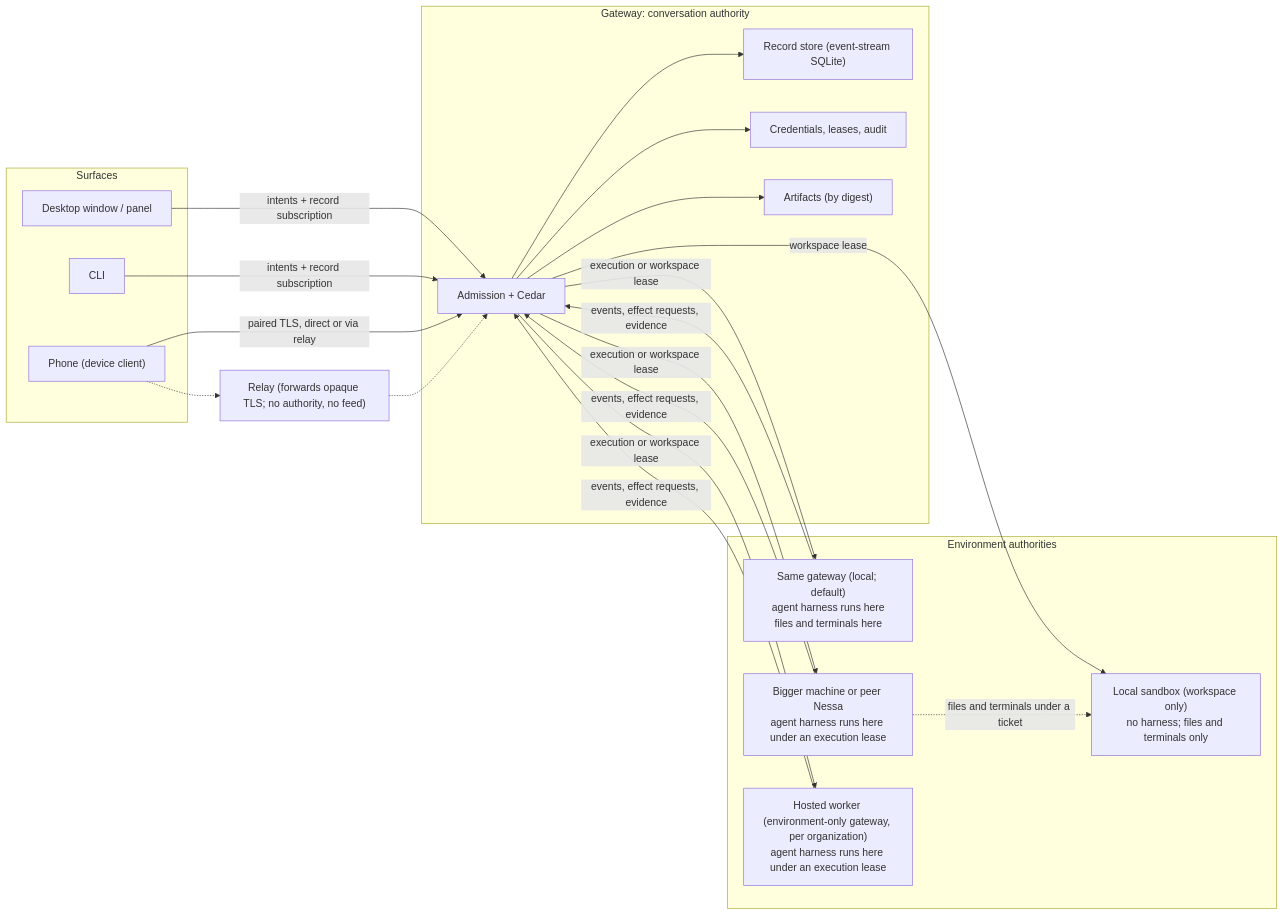
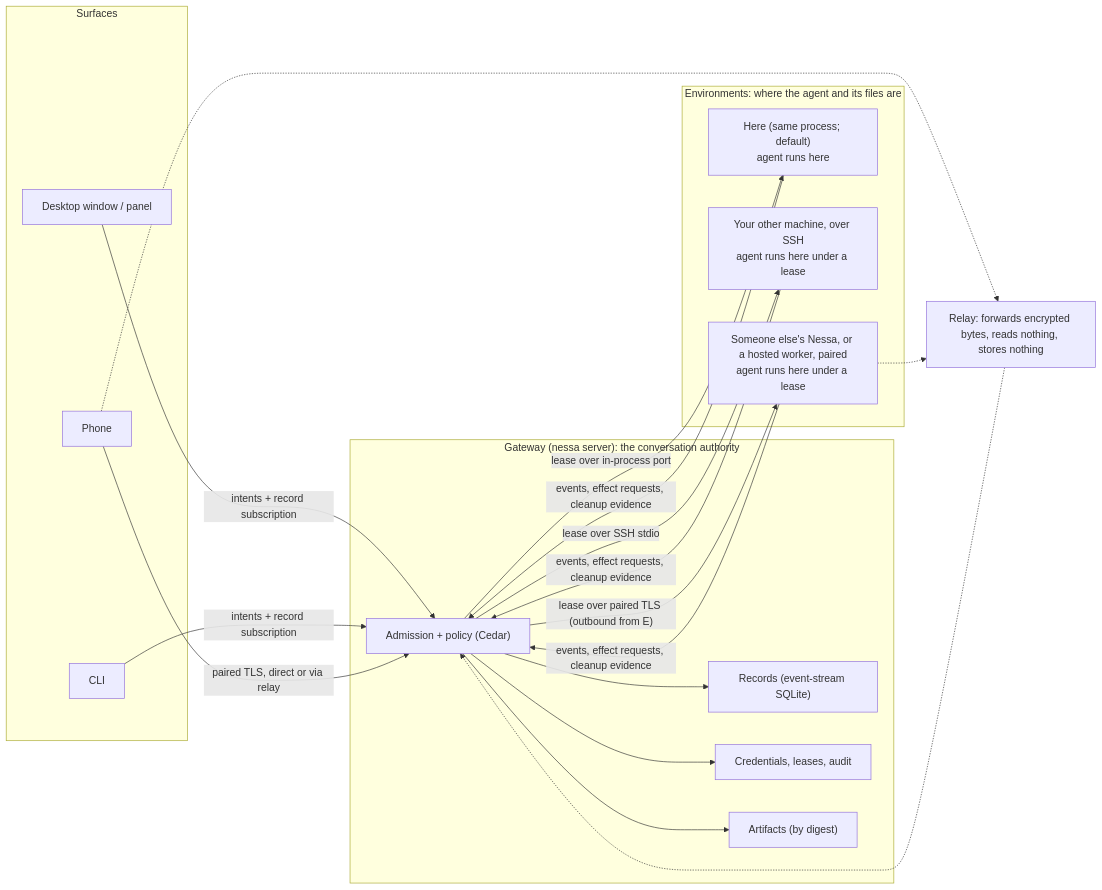
Before and after one commit to nessalabs/nessa-agent: the diagram in docs/design/runtime-architecture.md, drawn with Mermaid. The commit also changed other lines of this file and 3 other files, not shown here.

````diff
--- a/docs/design/runtime-architecture.md
+++ b/docs/design/runtime-architecture.md
@@ -38,36 +50,34 @@
 ```mermaid
 flowchart LR
     subgraph Surfaces
         D["Desktop window / panel"]
         C["CLI"]
-        P["Phone (device client)"]
+        P["Phone"]
     end
-    subgraph CA["Gateway: conversation authority"]
-        A["Admission + Cedar"]
-        R["Record store (event-stream SQLite)"]
+    subgraph G["Gateway (nessa server): the conversation authority"]
+        A["Admission + policy (Cedar)"]
+        R["Records (event-stream SQLite)"]
         K["Credentials, leases, audit"]
         F["Artifacts (by digest)"]
     end
-    subgraph EAs["Environment authorities"]
-        L["Same gateway (local; default)<br/>agent harness runs here<br/>files and terminals here"]
-        H["Bigger machine or peer Nessa<br/>agent harness runs here under an execution lease"]
-        W["Hosted worker (environment-only gateway, per organization)<br/>agent harness runs here under an execution lease"]
-        S["Local sandbox (workspace only)<br/>no harness; files and terminals only"]
+    subgraph Envs["Environments: where the agent and its files are"]
+        L["Here (same process; default)<br/>agent runs here"]
+        H["Your other machine, over SSH<br/>agent runs here under a lease"]
+        E["Someone else's Nessa, or a hosted worker, paired<br/>agent runs here under a lease"]
     end
     D -- "intents + record subscription" --> A
     C -- "intents + record subscription" --> A
     P -- "paired TLS, direct or via relay" --> A
     A --> R
     A --> K
     A --> F
-    A -- "execution or workspace lease" --> L
-    A -- "execution or workspace lease" --> H
-    A -- "execution or workspace lease" --> W
-    A -- "workspace lease" --> S
-    L -- "events, effect requests, evidence" --> A
-    H -- "events, effect requests, evidence" --> A
-    W -- "events, effect requests, evidence" --> A
-    H -. "files and terminals under a ticket" .-> S
-    Y["Relay (forwards opaque TLS; no authority, no feed)"] -.-> A
+    A -- "lease over in-process port" --> L
+    A -- "lease over SSH stdio" --> H
+    A -- "lease over paired TLS (outbound from E)" --> E
+    L -- "events, effect requests, cleanup evidence" --> A
+    H -- "events, effect requests, cleanup evidence" --> A
+    E -- "events, effect requests, cleanup evidence" --> A
+    Y["Relay: forwards encrypted bytes, reads nothing, stores nothing"] -.-> A
     P -.-> Y
+    E -.-> Y
 ```
````
